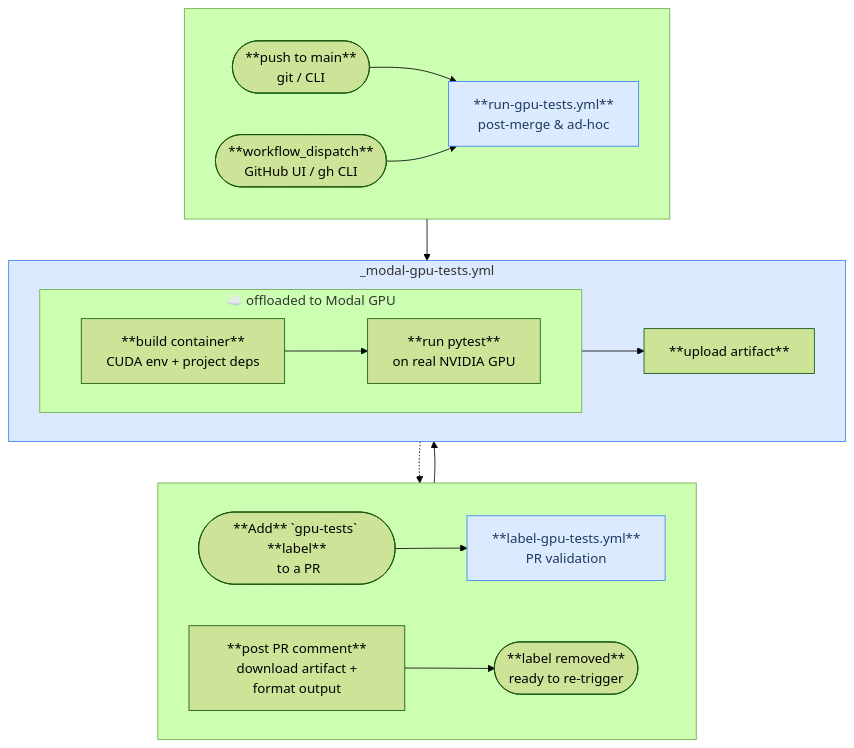
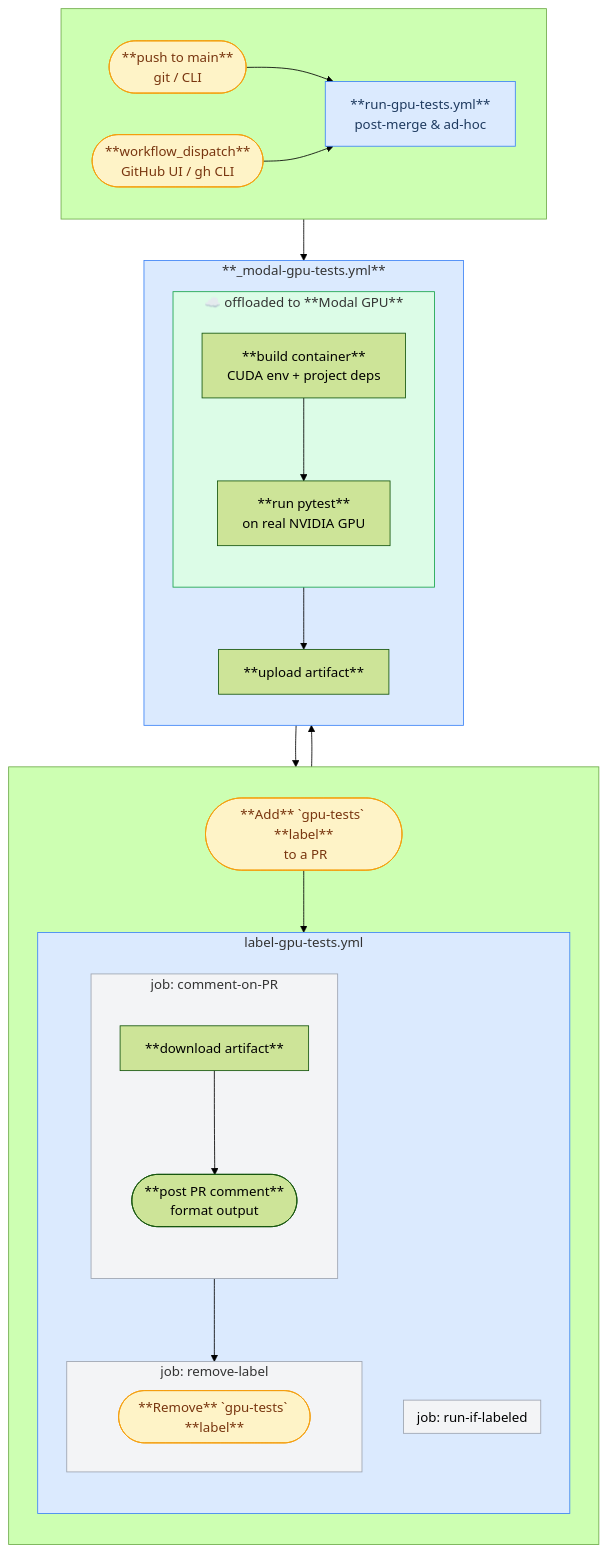
Before and after one commit to Borda/affordable-GPU-CI: the diagram in README.md, drawn with Mermaid (forest theme).

Commit message:
Refine README with updated GPU workflow diagram, adjusted job structure, and improved label descriptions
Refine README with improved GPU workflow diagram, updated job structure, and enhanced class definitions

````diff
--- a/README.md
+++ b/README.md
@@ -21,27 +21,46 @@
 ```mermaid
 flowchart TB
     subgraph left [" "]
-        direction LR
-        A(["**Add** `gpu-tests` **label**<br/> to a PR"]) --> B["**label-gpu-tests.yml**<br/> PR validation"]
-        K["**post PR comment**<br/> download artifact + format output"] --> J(["**label removed**<br/> ready to re-trigger"])
+        direction TB
+        event_add-label(["**Add** `gpu-tests` **label**<br/> to a PR"])
+        subgraph workflow_label ["label-gpu-tests.yml"]
+            direction TB
+            subgraph job_run-if-labeled ["job: run-if-labeled"]
+            end
+            subgraph job_comment-pr ["job: comment-on-PR"]
+                direction TB
+                step_download["**download artifact**"] --> step_post-comment(["**post PR comment**<br/> format output"])
+            end
+            subgraph job_remove-label ["job: remove-label"]
+                event_remove-label(["**Remove** `gpu-tests` **label**"])
+            end
+            job_comment-pr --> job_remove-label
+        end
+        event_add-label --> job_run-if-labeled
     end
-    subgraph mid ["_modal-gpu-tests.yml"]
-        direction LR
-        subgraph modal ["☁️ offloaded to Modal GPU"]
-            direction LR
-            G["**build container**<br/> CUDA env + project deps"] --> H["**run pytest**<br/> on real NVIDIA GPU"]
+    subgraph workflow_gpu-tests ["**_modal-gpu-tests.yml**"]
+        direction TB
+        subgraph modal_gpu ["☁️ offloaded to **Modal GPU**"]
+            direction TB
+            step_build["**build container**<br/> CUDA env + project deps"] --> step_pytest["**run pytest**<br/> on real NVIDIA GPU"]
         end
-        H --> I["**upload artifact**"]
+        step_pytest --> step_upload["**upload artifact**"]
     end
     subgraph right [" "]
         direction LR
-        C(["**push to main**<br/> git / CLI"]) --> D["**run-gpu-tests.yml**<br/> post-merge & ad-hoc"]
-        E(["**workflow_dispatch**<br/> GitHub UI / gh CLI"]) --> D
+        event_push(["**push to main**<br/> git / CLI"]) --> workflow_run["**run-gpu-tests.yml**<br/> post-merge & ad-hoc"]
+        event_dispatch(["**workflow_dispatch**<br/> GitHub UI / gh CLI"]) --> workflow_run
     end
-    B --> mid
-    D --> mid
-    I -.-> K
-    classDef yamlFile fill:#dbeafe,stroke:#3b82f6,color:#1e3a5f
-    class B,D yamlFile
-    style mid fill:#dbeafe,stroke:#3b82f6
+    job_run-if-labeled --> workflow_gpu-tests
+    workflow_run --> workflow_gpu-tests
+    workflow_gpu-tests --> job_comment-pr
+    classDef entry fill:#fef3c7,stroke:#f59e0b,color:#78350f
+    class event_add-label,event_push,event_dispatch,event_remove-label entry
+    style workflow_label fill:#dbeafe,stroke:#3b82f6
+    style job_run-if-labeled fill:#f3f4f6,stroke:#9ca3af
+    style workflow_run fill:#dbeafe,stroke:#3b82f6,color:#1e3a5f
+    style workflow_gpu-tests fill:#dbeafe,stroke:#3b82f6
+    style modal_gpu fill:#dcfce7,stroke:#16a34a
+    style job_comment-pr fill:#f3f4f6,stroke:#9ca3af
+    style job_remove-label fill:#f3f4f6,stroke:#9ca3af
 ```
````
